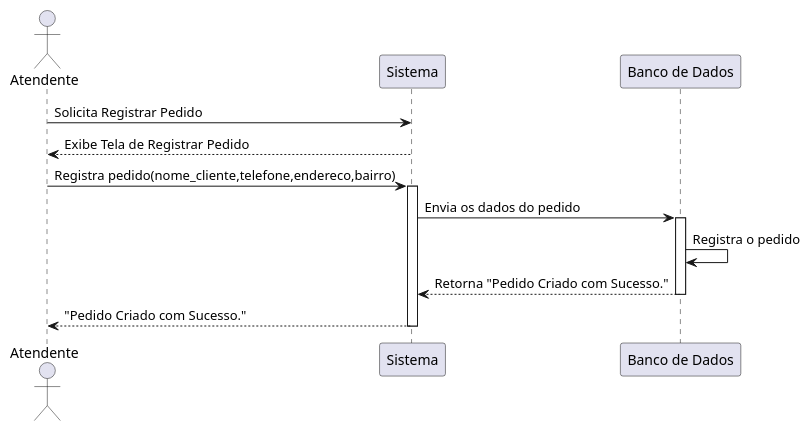
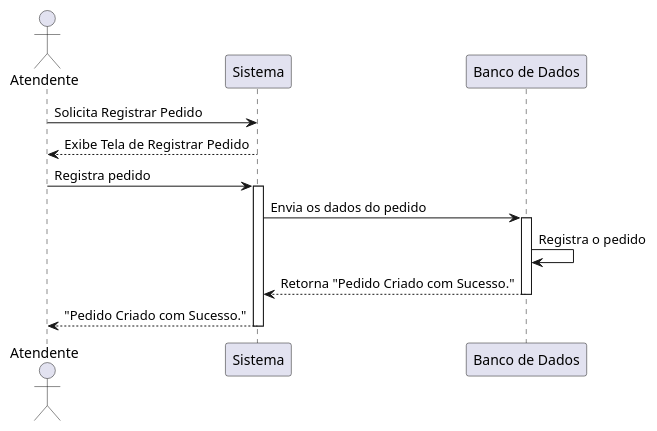
The diagram in docs/diagrama_sequencia/DSS-RegistrarPedido.puml (kaylannesantos/pizzariaDelivery), drawn with PlantUML before and after one commit. The commit also changed 10 other files, not shown here.

```diff
--- a/docs/diagrama_sequencia/DSS-RegistrarPedido.puml
+++ b/docs/diagrama_sequencia/DSS-RegistrarPedido.puml
@@ -2,22 +2,22 @@
 @startuml DSS - Registrar Pedido
 
     actor Atendente
     participant "Sistema" as Sys
     participant "Banco de Dados" as DB
     
     '1°Atendente acessa tela de realizar pedido
     Atendente -> Sys: Solicita Registrar Pedido
     Sys --> Atendente: Exibe Tela de Registrar Pedido
 
     '2°Atendente regsitra o pedido do cliente
-    Atendente -> Sys: Registra pedido(nome_cliente,telefone,endereco,bairro)
+    Atendente -> Sys: Registra pedido
     activate Sys
     Sys -> DB: Envia os dados do pedido
     activate DB
     DB -> DB: Registra o pedido
     DB --> Sys: Retorna "Pedido Criado com Sucesso."
     deactivate DB
     Sys --> Atendente: "Pedido Criado com Sucesso."
     deactivate Sys
 
 @enduml
```
